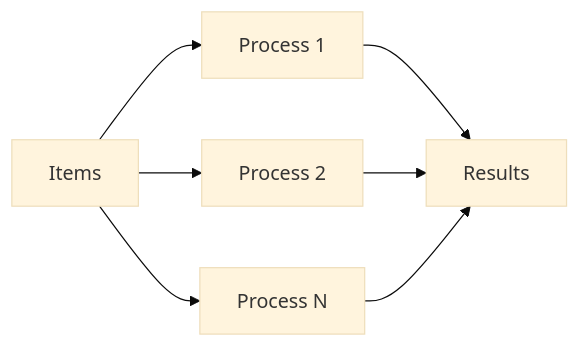
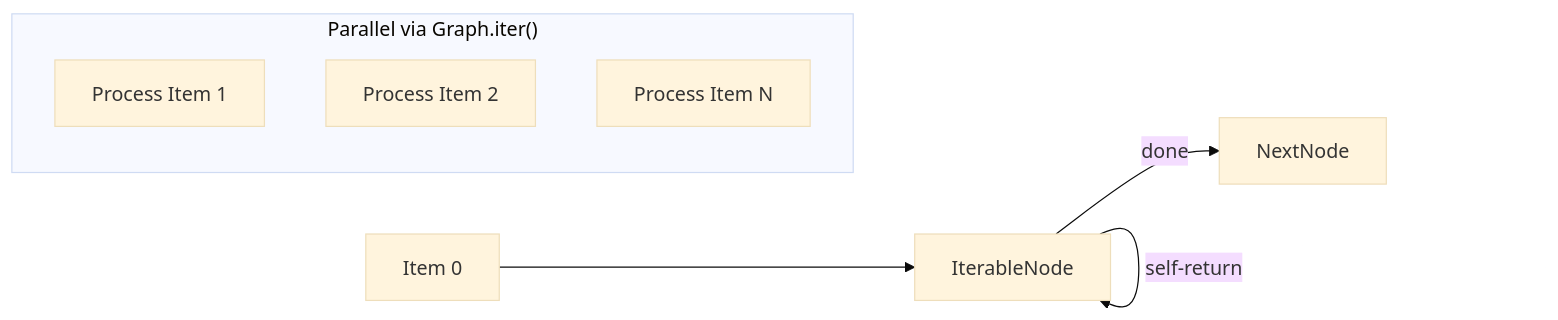
Before and after one commit to fblgit/agentool: the third of 7 diagrams in docs/NODE_CATALOG.md, drawn with Mermaid (base theme). The commit also changed other lines of this file and 7 other files, not shown here.

````diff
--- a/docs/NODE_CATALOG.md
+++ b/docs/NODE_CATALOG.md
@@ -800,9 +1264,12 @@
 ```mermaid
 graph LR
-    Items --> P1[Process 1]
-    Items --> P2[Process 2]
-    Items --> P3[Process N]
-    P1 --> Results
-    P2 --> Results
-    P3 --> Results
+    Start[Item 0] --> Process[IterableNode]
+    Process -->|self-return| Process
+    Process -->|done| Next[NextNode]
+    
+    subgraph "Parallel via Graph.iter()"
+        P1[Process Item 1] 
+        P2[Process Item 2]
+        P3[Process Item N]
+    end
 ```
````
